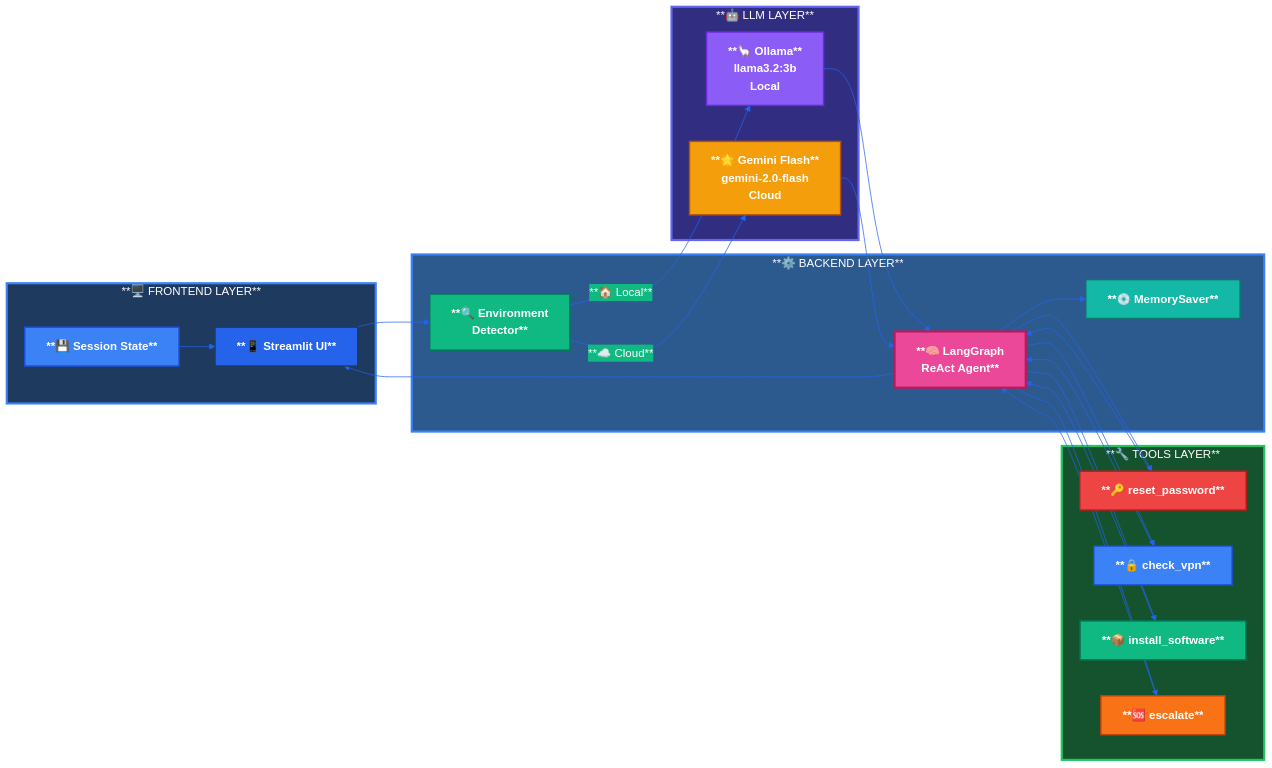
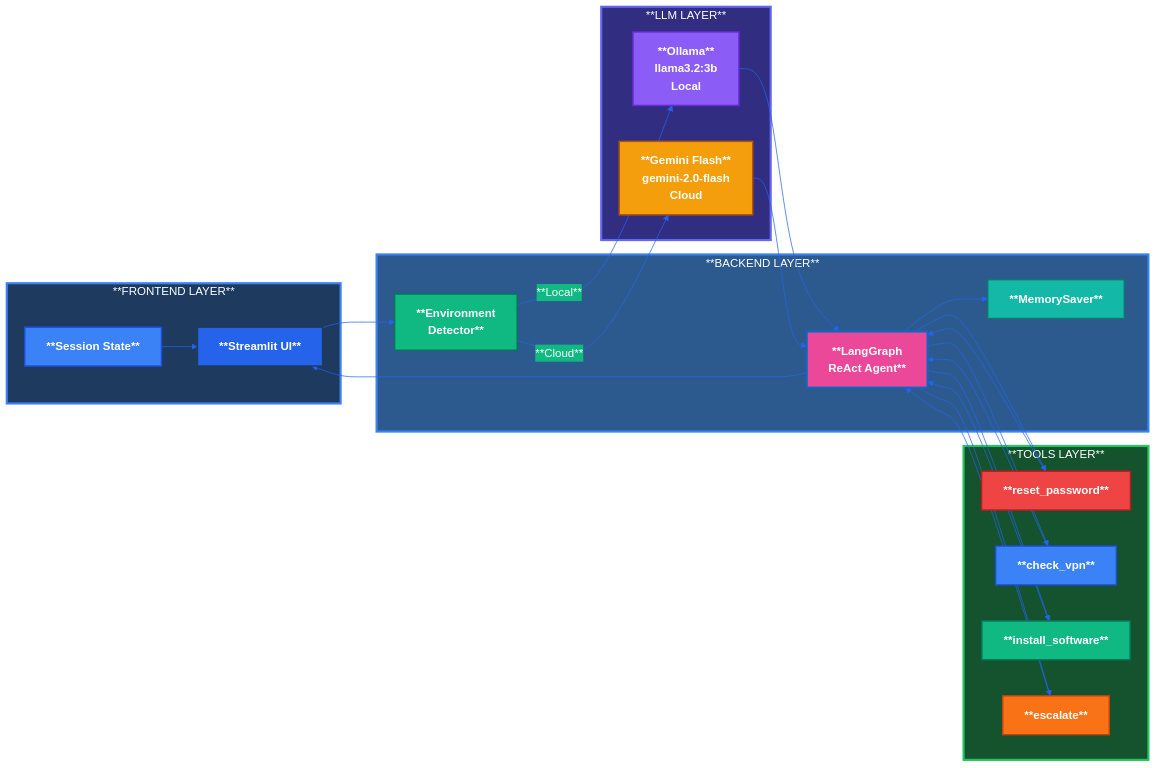
One commit to UzairRan/nexus-it-assistant changed the third of 4 diagrams in README.md. Above: the diagram before and after it, drawn with Mermaid. The commit also changed other lines of this file, not shown here.

````diff
--- a/README.md
+++ b/README.md
@@ -127,53 +127,53 @@
 ```mermaid
 %%{init: {'theme': 'base', 'themeVariables': { 'primaryColor': '#1E3A5F', 'primaryTextColor': '#FFFFFF', 'primaryBorderColor': '#3B82F6', 'lineColor': '#2563EB', 'secondaryColor': '#10B981', 'tertiaryColor': '#F8FAFC', 'tertiaryTextColor': '#1E293B', 'fontFamily': 'Arial, sans-serif', 'fontSize': '16px', 'fontWeight': 'bold'}}}%%
 flowchart LR
-    subgraph Frontend[**🖥️ FRONTEND LAYER**]
-        UI[**📱 Streamlit UI**]
-        SS[**💾 Session State**]
+    subgraph Frontend[**FRONTEND LAYER**]
+        UI[**Streamlit UI**]
+        SS[**Session State**]
     end
     
-    subgraph Backend[**⚙️ BACKEND LAYER**]
-        ED[**🔍 Environment<br/>Detector**]
-        LA[**🧠 LangGraph<br/>ReAct Agent**]
-        MEM[**💿 MemorySaver**]
+    subgraph Backend[**BACKEND LAYER**]
+        ED[**Environment<br/>Detector**]
+        LA[**LangGraph<br/>ReAct Agent**]
+        MEM[**MemorySaver**]
     end
     
-    subgraph LLM[**🤖 LLM LAYER**]
-        L1[**🦙 Ollama**<br/>llama3.2:3b<br/>Local]
-        L2[**🌟 Gemini Flash**<br/>gemini-2.0-flash<br/>Cloud]
+    subgraph LLM[**LLM LAYER**]
+        L1[**Ollama**<br/>llama3.2:3b<br/>Local]
+        L2[**Gemini Flash**<br/>gemini-2.0-flash<br/>Cloud]
     end
     
-    subgraph Tools[**🔧 TOOLS LAYER**]
-        T1[**🔑 reset_password**]
-        T2[**🔒 check_vpn**]
-        T3[**📦 install_software**]
-        T4[**🆘 escalate**]
+    subgraph Tools[**TOOLS LAYER**]
+        T1[**reset_password**]
+        T2[**check_vpn**]
+        T3[**install_software**]
+        T4[**escalate**]
     end
     
     UI --> ED
-    ED -->|**🏠 Local**| L1
-    ED -->|**☁️ Cloud**| L2
+    ED -->|**Local**| L1
+    ED -->|**Cloud**| L2
     L1 & L2 --> LA
     LA --> MEM
     LA --> T1 & T2 & T3 & T4
     T1 & T2 & T3 & T4 --> LA
     LA --> UI
     SS --> UI
 
     style Frontend fill:#1E3A5F,stroke:#3B82F6,stroke-width:3px,color:#FFFFFF
     style Backend fill:#2D5A8E,stroke:#3B82F6,stroke-width:3px,color:#FFFFFF
     style LLM fill:#312E81,stroke:#6366F1,stroke-width:3px,color:#FFFFFF
     style Tools fill:#14532D,stroke:#22C55E,stroke-width:3px,color:#FFFFFF
     
     style UI fill:#2563EB,stroke:#1E3A5F,stroke-width:2px,color:#FFFFFF,font-weight:bold
     style SS fill:#3B82F6,stroke:#1D4ED8,stroke-width:2px,color:#FFFFFF,font-weight:bold
     style ED fill:#10B981,stroke:#047857,stroke-width:2px,color:#FFFFFF,font-weight:bold
-    style LA fill:#EC4899,stroke:#BE185D,stroke-width:3px,color:#FFFFFF,font-weight:bold
+    style LA fill:#EC4899,stroke:#1565C0,stroke-width:3px,color:#FFFFFF,font-weight:bold
     style MEM fill:#14B8A6,stroke:#0F766E,stroke-width:2px,color:#FFFFFF,font-weight:bold
     style L1 fill:#8B5CF6,stroke:#6D28D9,stroke-width:2px,color:#FFFFFF,font-weight:bold
     style L2 fill:#F59E0B,stroke:#B45309,stroke-width:2px,color:#FFFFFF,font-weight:bold
     style T1 fill:#EF4444,stroke:#B91C1C,stroke-width:2px,color:#FFFFFF,font-weight:bold
     style T2 fill:#3B82F6,stroke:#1D4ED8,stroke-width:2px,color:#FFFFFF,font-weight:bold
     style T3 fill:#10B981,stroke:#047857,stroke-width:2px,color:#FFFFFF,font-weight:bold
     style T4 fill:#F97316,stroke:#C2410C,stroke-width:2px,color:#FFFFFF,font-weight:bold
 ```
````
